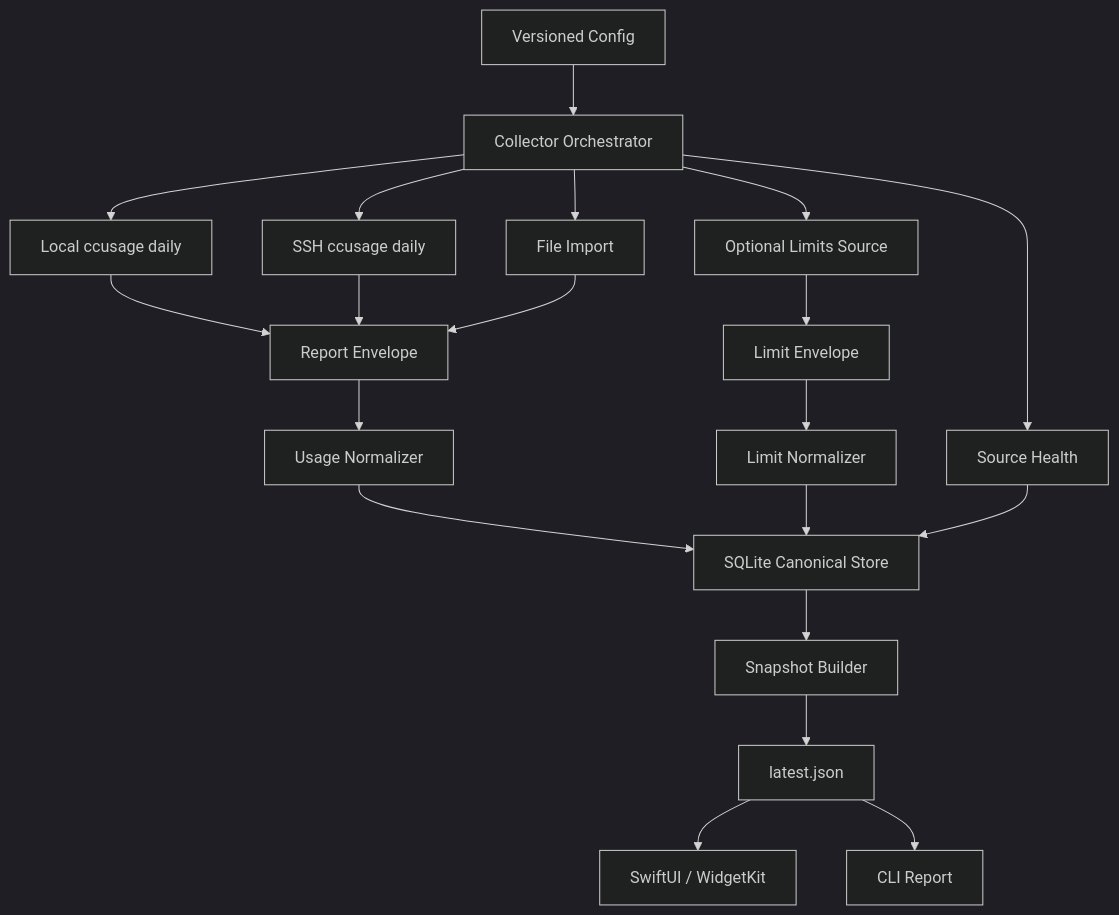
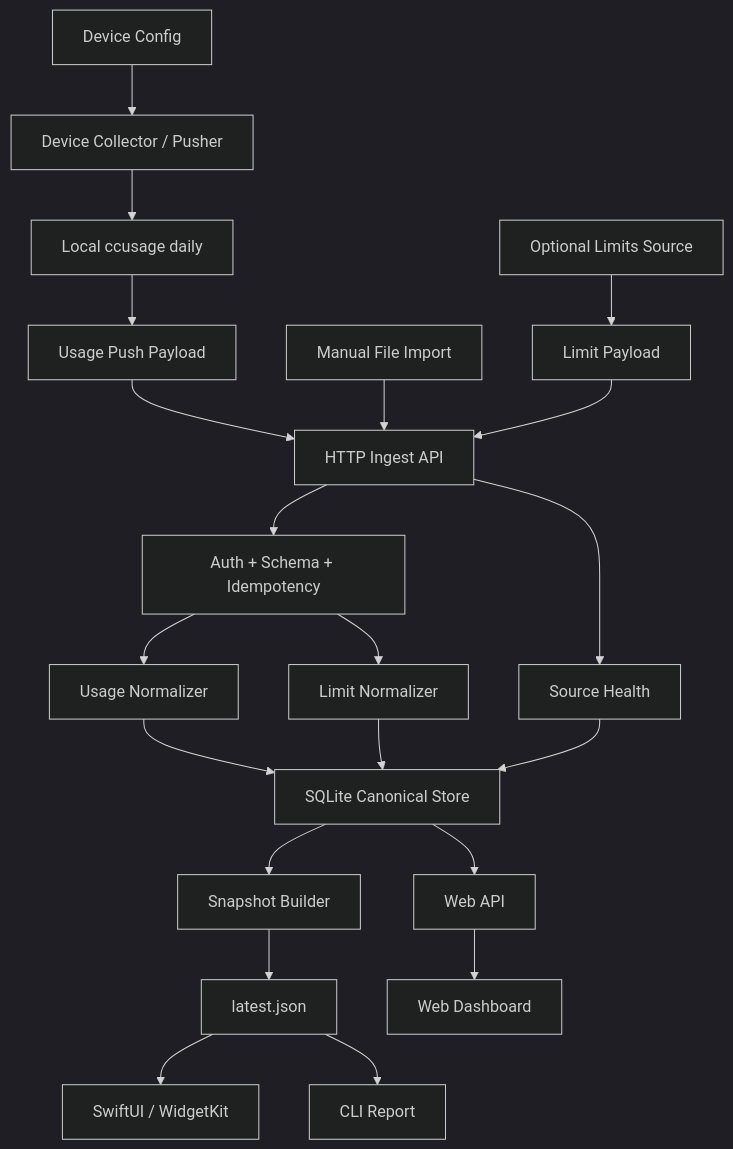
The diagram in docs/architecture.md (Moshuiwang/aiusage), drawn with Mermaid (dark theme) before and after one commit. The commit also changed other lines of this file and 22 other files, not shown here.

Commit message:
Refactor docs for personal HTTP push usage architecture

````diff
--- a/docs/architecture.md
+++ b/docs/architecture.md
@@ -15,26 +15,26 @@
 ```mermaid
 flowchart TD
-    config["Versioned Config"] --> orchestrator["Collector Orchestrator"]
-    orchestrator --> local["Local ccusage daily"]
-    orchestrator --> ssh["SSH ccusage daily"]
-    orchestrator --> import["File Import"]
-    orchestrator --> limits["Optional Limits Source"]
+    deviceConfig["Device Config"] --> deviceCollector["Device Collector / Pusher"]
+    deviceCollector --> ccusage["Local ccusage daily"]
+    ccusage --> pushPayload["Usage Push Payload"]
+    pushPayload --> httpIngest["HTTP Ingest API"]
+    manualImport["Manual File Import"] --> httpIngest
+    limits["Optional Limits Source"] --> limitPayload["Limit Payload"]
+    limitPayload --> httpIngest
 
-    local --> envelope["Report Envelope"]
-    ssh --> envelope
-    import --> envelope
-    limits --> limitEnvelope["Limit Envelope"]
-
-    envelope --> usageNormalizer["Usage Normalizer"]
-    limitEnvelope --> limitNormalizer["Limit Normalizer"]
+    httpIngest --> auth["Auth + Schema + Idempotency"]
+    auth --> usageNormalizer["Usage Normalizer"]
+    auth --> limitNormalizer["Limit Normalizer"]
 
     usageNormalizer --> sqlite["SQLite Canonical Store"]
     limitNormalizer --> sqlite
-    orchestrator --> health["Source Health"]
+    httpIngest --> health["Source Health"]
     health --> sqlite
 
     sqlite --> snapshot["Snapshot Builder"]
     snapshot --> latest["latest.json"]
+    sqlite --> webApi["Web API"]
+    webApi --> dashboard["Web Dashboard"]
     latest --> widget["SwiftUI / WidgetKit"]
     latest --> cliReport["CLI Report"]
 ```
````
